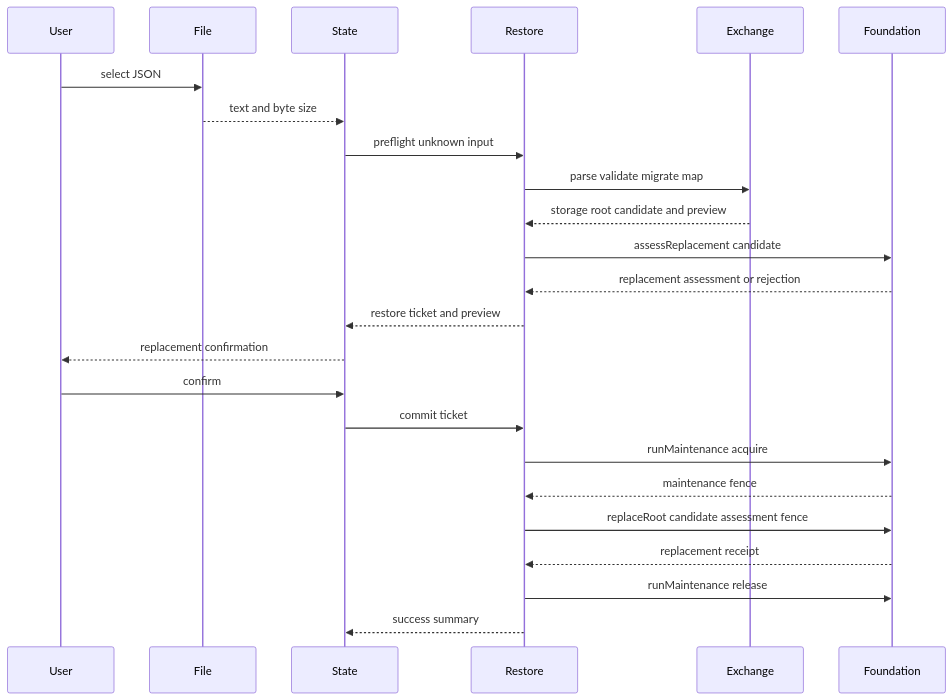
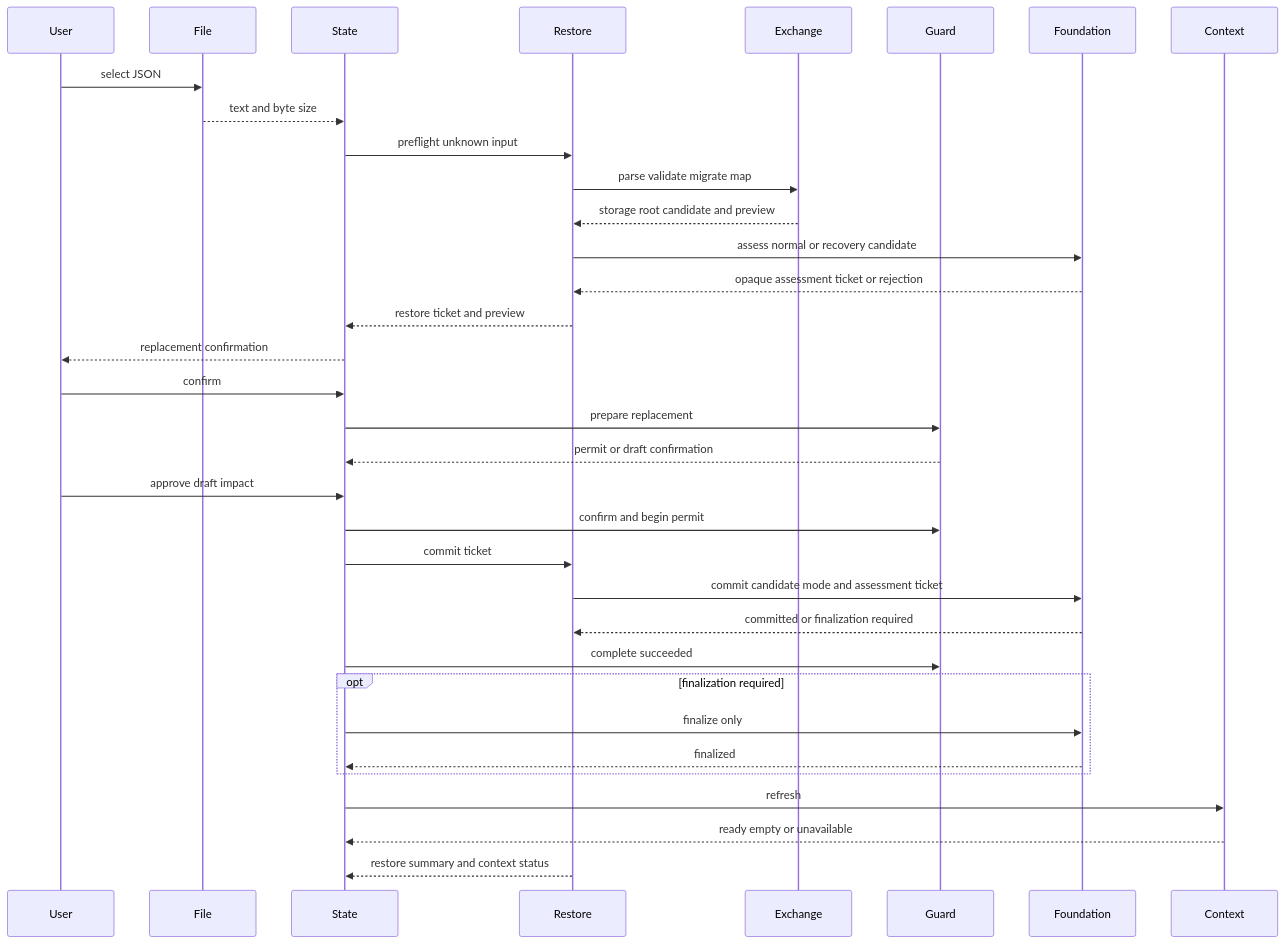
One commit to Huruikagi/pc-build-planner changed the third of 3 diagrams in .kiro/specs/backup-restore/design.md. Above: the diagram before and after it, drawn with Mermaid. The commit also changed other lines of this file and 5 other files, not shown here.

````diff
--- a/.kiro/specs/backup-restore/design.md
+++ b/.kiro/specs/backup-restore/design.md
@@ -151,26 +184,36 @@
 ```mermaid
 sequenceDiagram
     participant User
     participant File
     participant State
     participant Restore
     participant Exchange
+    participant Guard
     participant Foundation
+    participant Context
     User->>File: select JSON
     File-->>State: text and byte size
     State->>Restore: preflight unknown input
     Restore->>Exchange: parse validate migrate map
     Exchange-->>Restore: storage root candidate and preview
-    Restore->>Foundation: assessReplacement candidate
-    Foundation-->>Restore: replacement assessment or rejection
+    Restore->>Foundation: assess normal or recovery candidate
+    Foundation-->>Restore: opaque assessment ticket or rejection
     Restore-->>State: restore ticket and preview
     State-->>User: replacement confirmation
     User->>State: confirm
+    State->>Guard: prepare replacement
+    Guard-->>State: permit or draft confirmation
+    User->>State: approve draft impact
+    State->>Guard: confirm and begin permit
     State->>Restore: commit ticket
-    Restore->>Foundation: runMaintenance acquire
-    Foundation-->>Restore: maintenance fence
-    Restore->>Foundation: replaceRoot candidate assessment fence
-    Foundation-->>Restore: replacement receipt
-    Restore->>Foundation: runMaintenance release
-    Restore-->>State: success summary
+    Restore->>Foundation: commit candidate mode and assessment ticket
+    Foundation-->>Restore: committed or finalization required
+    State->>Guard: complete succeeded
+    opt finalization required
+        State->>Foundation: finalize only
+        Foundation-->>State: finalized
+    end
+    State->>Context: refresh
+    Context-->>State: ready empty or unavailable
+    Restore-->>State: restore summary and context status
 ```
````
